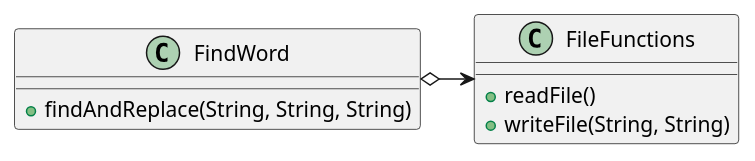
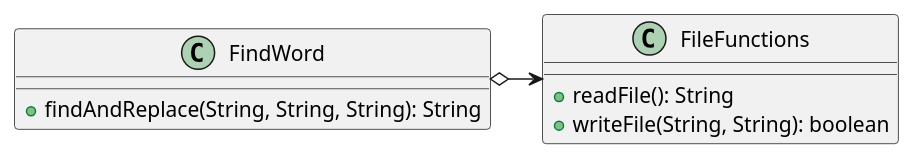
The diagram in src/main/resources/ex45/WordFinder.puml (ivy-nguyen18/nguyen-cop3330-assignment3), drawn with PlantUML before and after one commit. The commit also changed 7 other files, not shown here.

Commit message:
redo plantUML

```diff
--- a/src/main/resources/ex45/WordFinder.puml
+++ b/src/main/resources/ex45/WordFinder.puml
@@ -1,18 +1,18 @@
 @startuml
 'https://plantuml.com/class-diagram
 
 
 
  FindWord o-> FileFunctions
 
 
 class FileFunctions {
-    + readFile()
-    + writeFile(String, String)
+    + readFile(): String
+    + writeFile(String, String): boolean
 }
 
 class FindWord{
-    + findAndReplace(String, String, String)
+    + findAndReplace(String, String, String): String
 }
 
 @enduml
```
